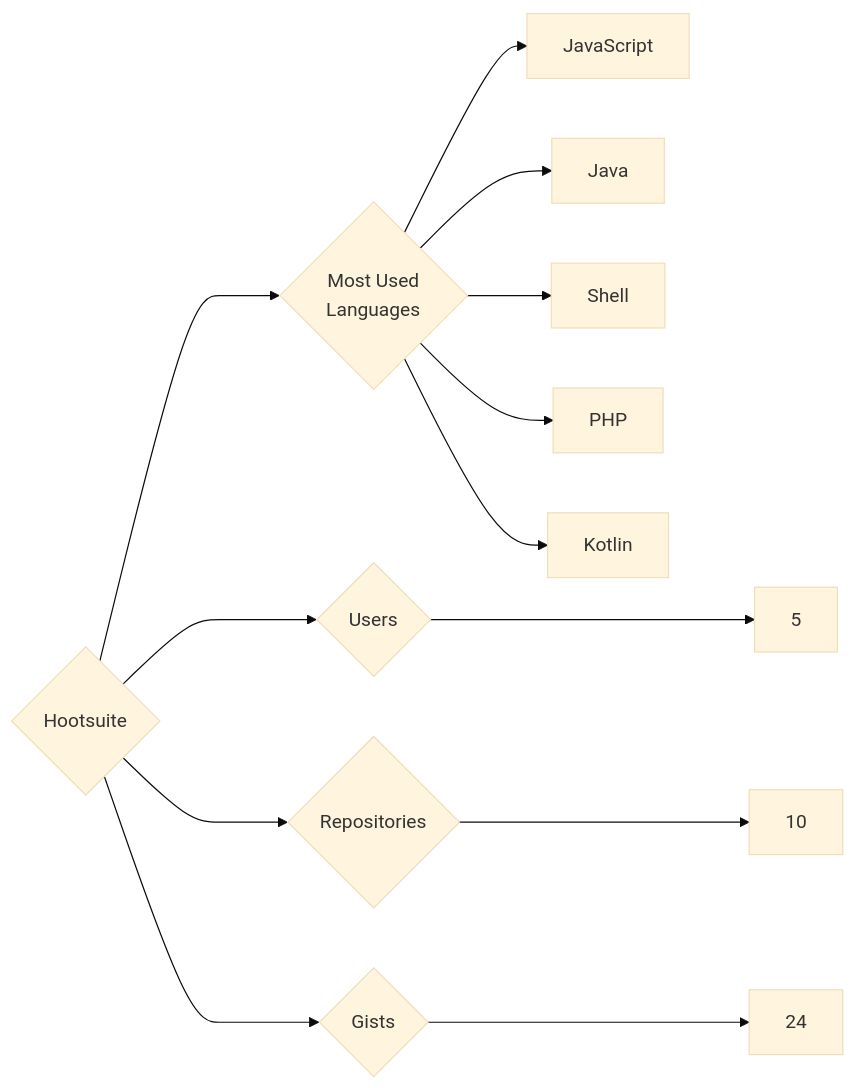
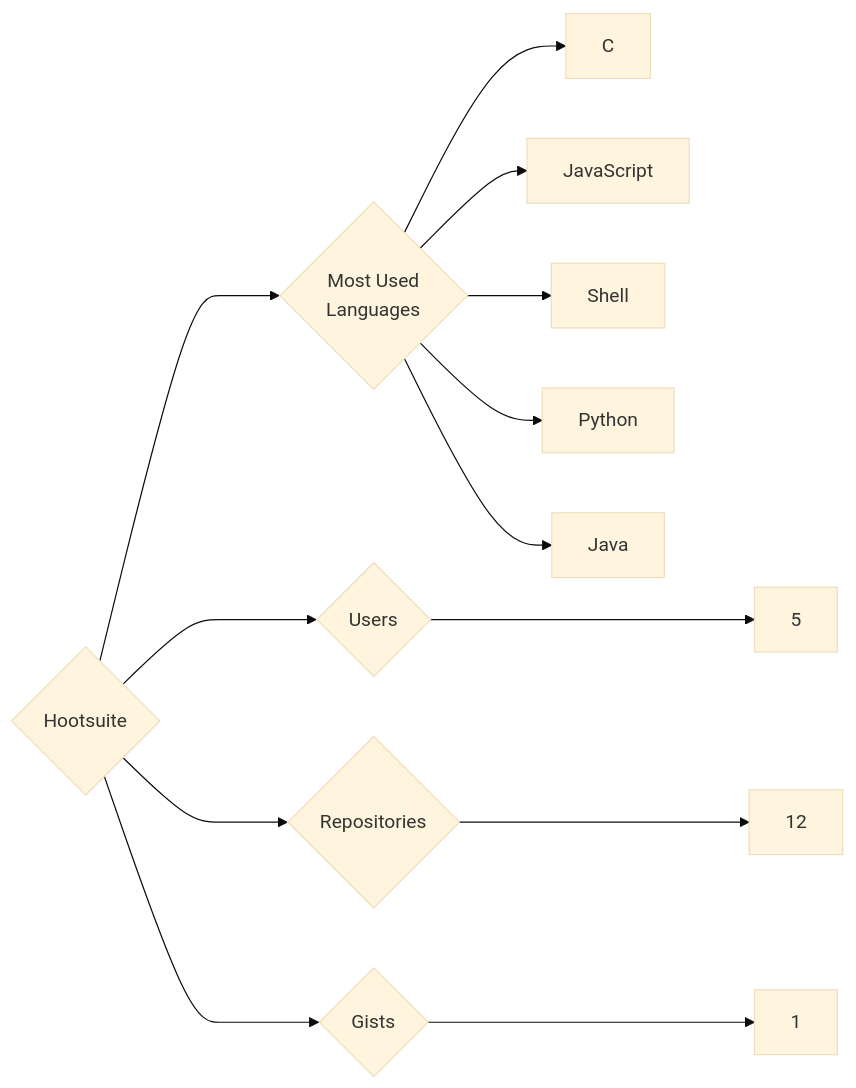
One commit to trickest/insiders changed the diagram in targets/Hootsuite/README.md. Above: the diagram before and after it, drawn with Mermaid (base theme). The commit also changed 1212 other files, not shown here.

````diff
--- a/targets/Hootsuite/README.md
+++ b/targets/Hootsuite/README.md
@@ -3,13 +3,13 @@
 ```mermaid
 graph LR
 COMPANY_NAME{Hootsuite}
 COMPANY_NAME ---> U{Users} ---> UN[5]
-COMPANY_NAME ---> R{Repositories} ---> RN[10]
-COMPANY_NAME ---> G{Gists} ---> GN[24]
+COMPANY_NAME ---> R{Repositories} ---> RN[12]
+COMPANY_NAME ---> G{Gists} ---> GN[1]
 COMPANY_NAME ---> ML{Most Used<br>Languages}
+ML --> C[C]
 ML --> JavaScript[JavaScript]
+ML --> Shell[Shell]
+ML --> Python[Python]
 ML --> Java[Java]
-ML --> Shell[Shell]
-ML --> PHP[PHP]
-ML --> Kotlin[Kotlin]
 ```
````
